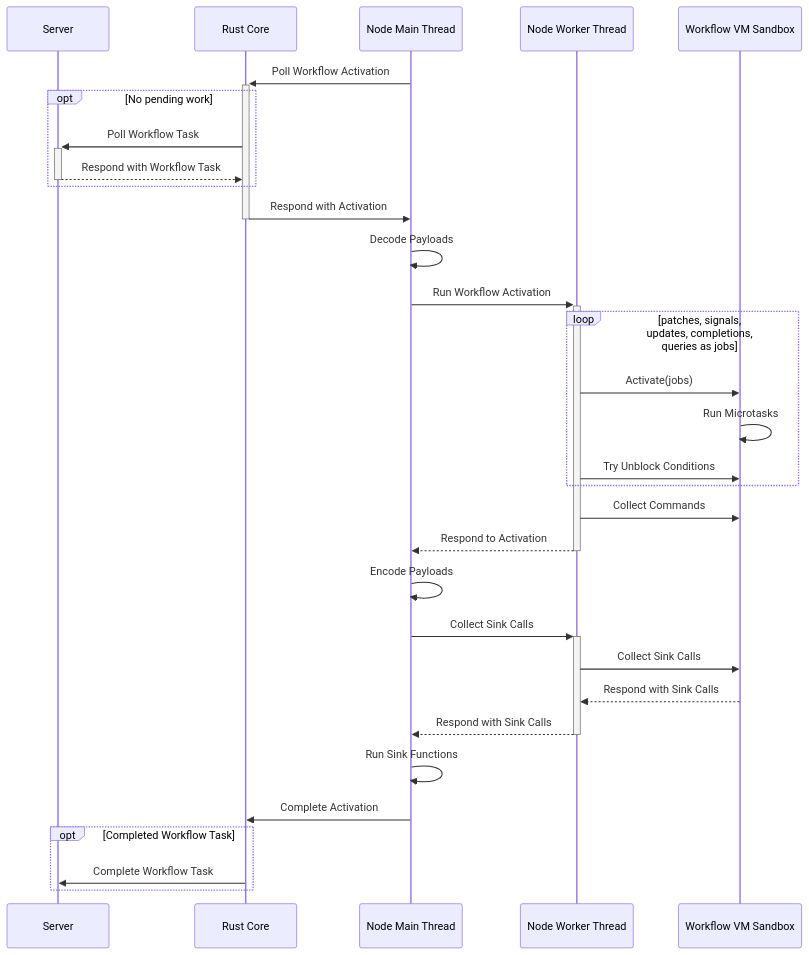
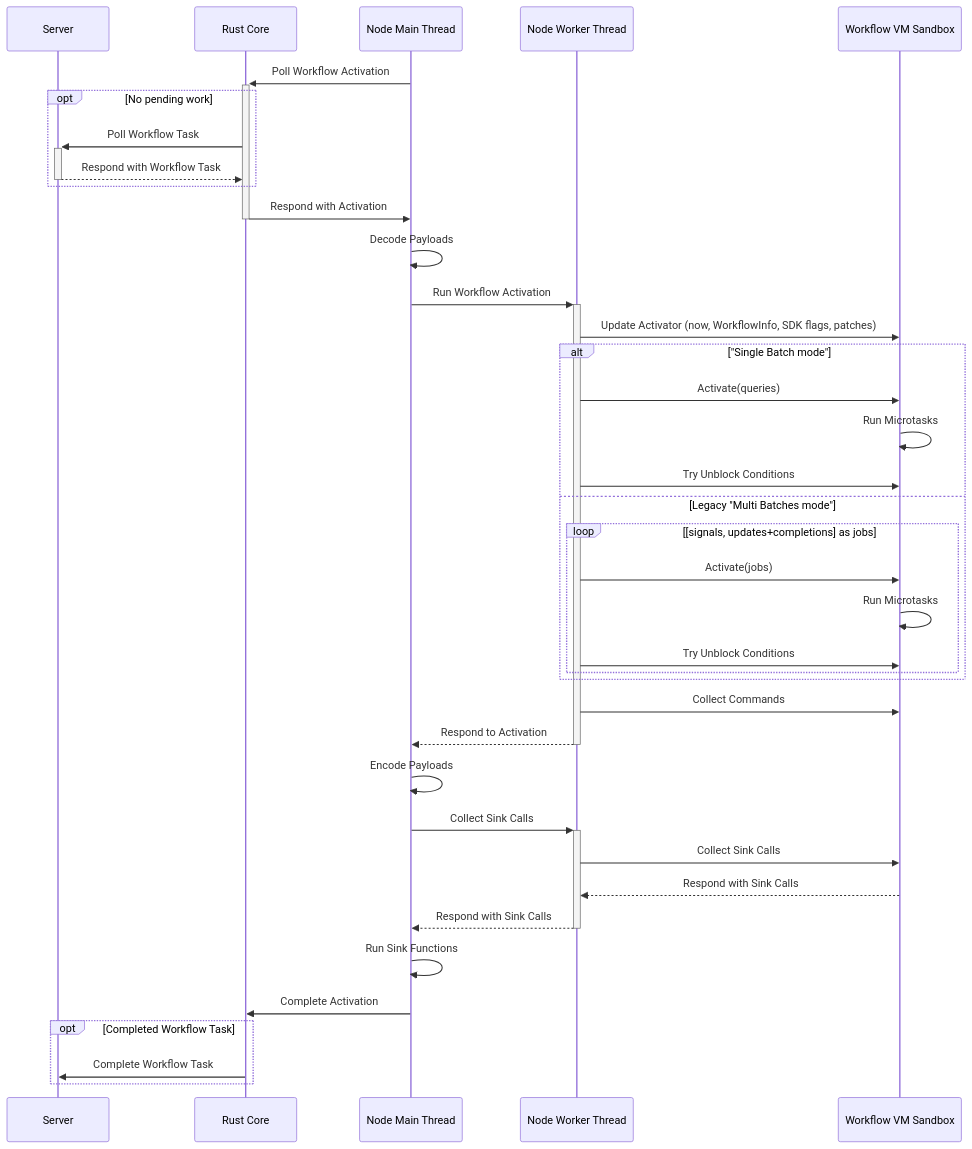
Before and after one commit to temporalio/sdk-typescript: the diagram in docs/activation.mermaid, drawn with Mermaid. The commit also changed 2 other files, not shown here.

```diff
--- a/docs/activation.mermaid
+++ b/docs/activation.mermaid
@@ -1,33 +1,43 @@
 %% Activation diagram for Worker with `reuseV8Context` option off
 sequenceDiagram
     participant Server
     participant Core as Rust Core
     participant MT as Node Main Thread
     participant WT as Node Worker Thread
     participant VM as Workflow VM Sandbox
 
     MT->>+Core: Poll Workflow Activation
     opt No pending work
         Core->>+Server: Poll Workflow Task
         Server-->>-Core: Respond with Workflow Task
     end
     Core->>-MT: Respond with Activation
     MT->>MT: Decode Payloads
     MT->>+WT: Run Workflow Activation
-    loop patches, signals, updates, completions, queries as jobs
-        WT->>VM: Activate(jobs)
+
+    WT->>VM: Update Activator (now, WorkflowInfo, SDK flags, patches)
+
+    alt "Single Batch mode"
+        WT->>VM: Activate(queries)
         VM->>VM: Run Microtasks
         WT->>VM: Try Unblock Conditions
+    else Legacy "Multi Batches mode"
+        loop [signals, updates+completions] as jobs
+            WT->>VM: Activate(jobs)
+            VM->>VM: Run Microtasks
+            WT->>VM: Try Unblock Conditions
+        end
     end
+
     WT->>VM: Collect Commands
     WT-->>-MT: Respond to Activation
     MT->>MT: Encode Payloads
     MT->>+WT: Collect Sink Calls
     WT->>VM: Collect Sink Calls
     VM-->>WT: Respond with Sink Calls
     WT-->>-MT: Respond with Sink Calls
     MT->>MT: Run Sink Functions
     MT->>Core: Complete Activation
-    opt Completed Workflow Task   
+    opt Completed Workflow Task
         Core->>Server: Complete Workflow Task
     end
```
